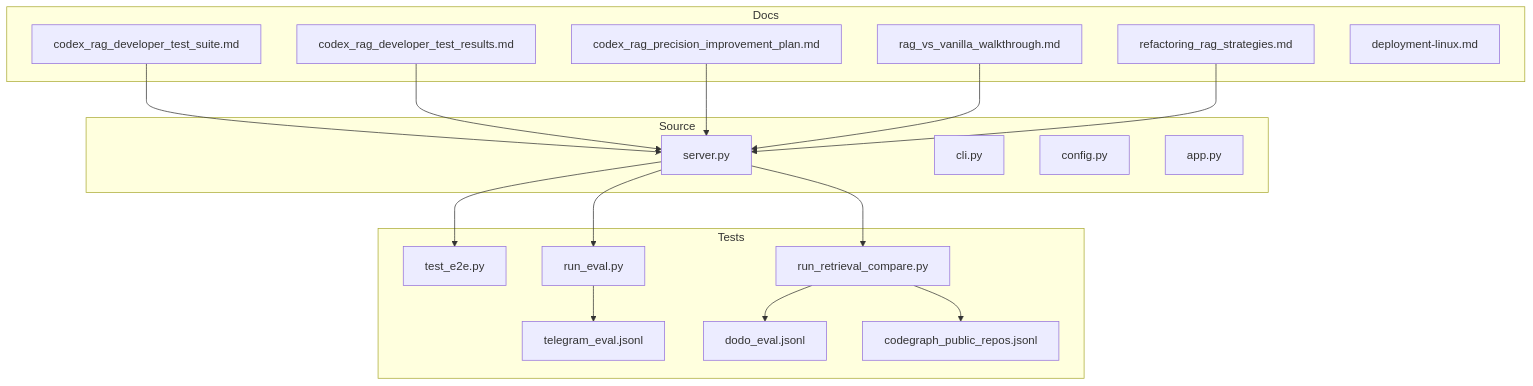
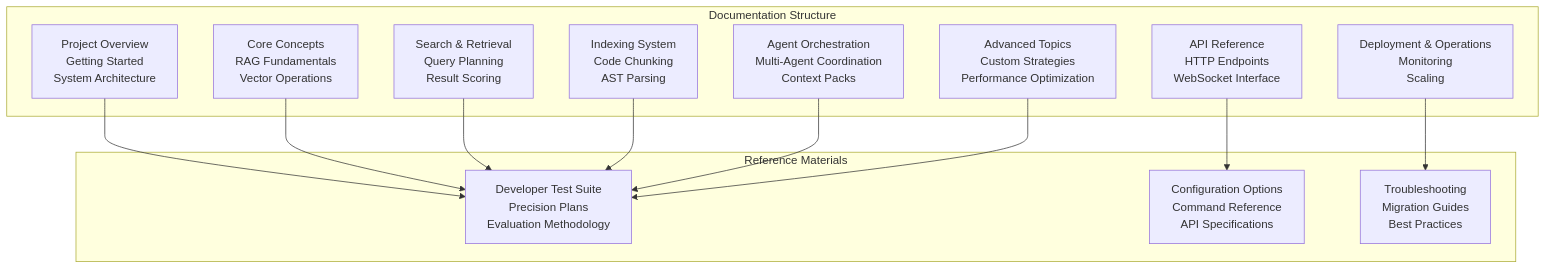
One commit to NcitDev/ragsystem changed the first of 8 diagrams in docs/wiki/Reference Materials.md. Above: the diagram before and after it, drawn with Mermaid. The commit also changed other lines of this file and 27 other files, not shown here.

````diff
--- a/docs/wiki/Reference Materials.md
+++ b/docs/wiki/Reference Materials.md
@@ -56,36 +62,26 @@
 ```mermaid
 graph TB
-subgraph "Docs"
-A1["codex_rag_developer_test_suite.md"]
-A2["codex_rag_developer_test_results.md"]
-A3["codex_rag_precision_improvement_plan.md"]
-A4["rag_vs_vanilla_walkthrough.md"]
-A5["refactoring_rag_strategies.md"]
-A6["deployment-linux.md"]
+subgraph "Documentation Structure"
+A1["Project Overview<br/>Getting Started<br/>System Architecture"]
+A2["Core Concepts<br/>RAG Fundamentals<br/>Vector Operations"]
+A3["API Reference<br/>HTTP Endpoints<br/>WebSocket Interface"]
+A4["Search & Retrieval<br/>Query Planning<br/>Result Scoring"]
+A5["Indexing System<br/>Code Chunking<br/>AST Parsing"]
+A6["Agent Orchestration<br/>Multi-Agent Coordination<br/>Context Packs"]
+A7["Advanced Topics<br/>Custom Strategies<br/>Performance Optimization"]
+A8["Deployment & Operations<br/>Monitoring<br/>Scaling"]
 end
-subgraph "Source"
-B1["server.py"]
-B2["cli.py"]
-B3["config.py"]
-B4["app.py"]
-end
-subgraph "Tests"
-C1["test_e2e.py"]
-C2["run_eval.py"]
-C3["run_retrieval_compare.py"]
-C4["telegram_eval.jsonl"]
-C5["dodo_eval.jsonl"]
-C6["codegraph_public_repos.jsonl"]
+subgraph "Reference Materials"
+B1["Developer Test Suite<br/>Precision Plans<br/>Evaluation Methodology"]
+B2["Configuration Options<br/>Command Reference<br/>API Specifications"]
+B3["Troubleshooting<br/>Migration Guides<br/>Best Practices"]
 end
 A1 --> B1
 A2 --> B1
-A3 --> B1
+A3 --> B2
 A4 --> B1
 A5 --> B1
-B1 --> C1
-B1 --> C2
-B1 --> C3
-C2 --> C4
-C3 --> C5
-C3 --> C6
+A6 --> B1
+A7 --> B1
+A8 --> B3
 ```
````
